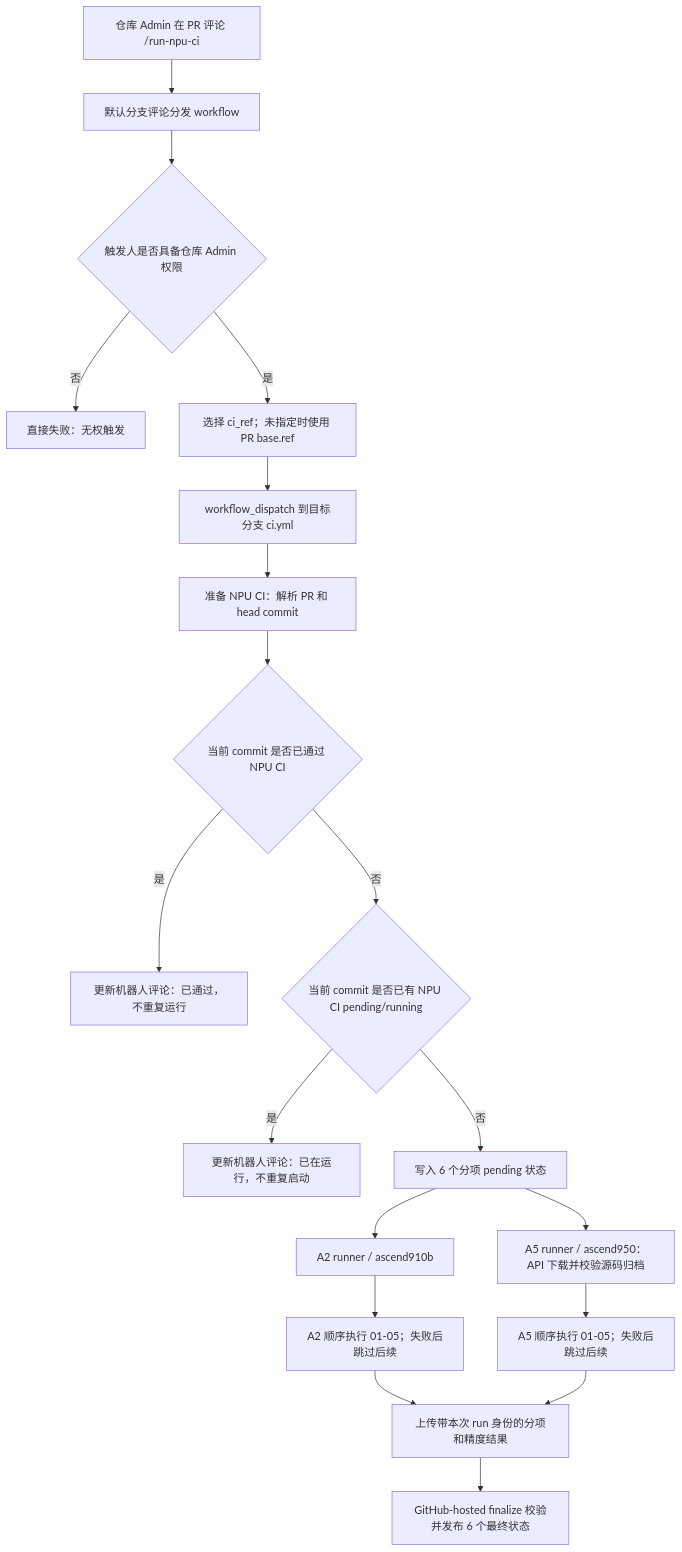
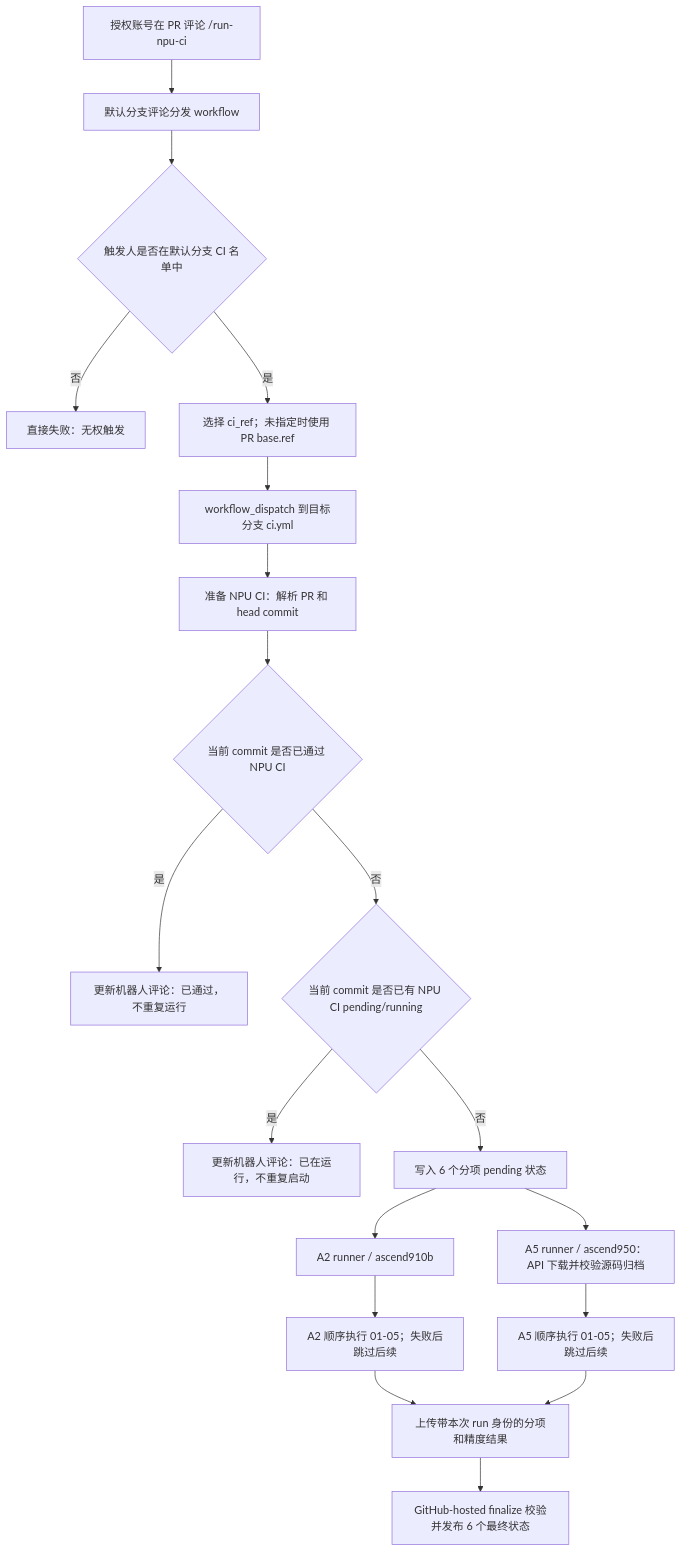
Before and after one commit to flashserve/flash-linear-attention-npu: the second of 4 diagrams in docs/Fla-npu仓CI部署教程.md, drawn with Mermaid. The commit also changed other lines of this file and 12 other files, not shown here.

Commit message:
ci: separate trigger authorization and run PR CI after admin confirmation

````diff
--- a/docs/Fla-npu仓CI部署教程.md
+++ b/docs/Fla-npu仓CI部署教程.md
@@ -96,21 +98,21 @@
 ```mermaid
 flowchart TD
-    A["仓库 Admin 在 PR 评论 /run-npu-ci"] --> B["默认分支评论分发 workflow"]
-    B --> C{"触发人是否具备仓库 Admin 权限"}
+    A["授权账号在 PR 评论 /run-npu-ci"] --> B["默认分支评论分发 workflow"]
+    B --> C{"触发人是否在默认分支 CI 名单中"}
     C -- "否" --> D["直接失败：无权触发"]
     C -- "是" --> E["选择 ci_ref；未指定时使用 PR base.ref"]
     E --> F["workflow_dispatch 到目标分支 ci.yml"]
     F --> G["准备 NPU CI：解析 PR 和 head commit"]
     G --> H{"当前 commit 是否已通过 NPU CI"}
     H -- "是" --> I["更新机器人评论：已通过，不重复运行"]
     H -- "否" --> J{"当前 commit 是否已有 NPU CI pending/running"}
     J -- "是" --> K["更新机器人评论：已在运行，不重复启动"]
     J -- "否" --> L["写入 6 个分项 pending 状态"]
     L --> M["A2 runner / ascend910b"]
     L --> N["A5 runner / ascend950：API 下载并校验源码归档"]
     M --> O["A2 顺序执行 01-05；失败后跳过后续"]
     N --> P["A5 顺序执行 01-05；失败后跳过后续"]
     O --> Q["上传带本次 run 身份的分项和精度结果"]
     P --> Q
     Q --> R["GitHub-hosted finalize 校验并发布 6 个最终状态"]
 ```
````
